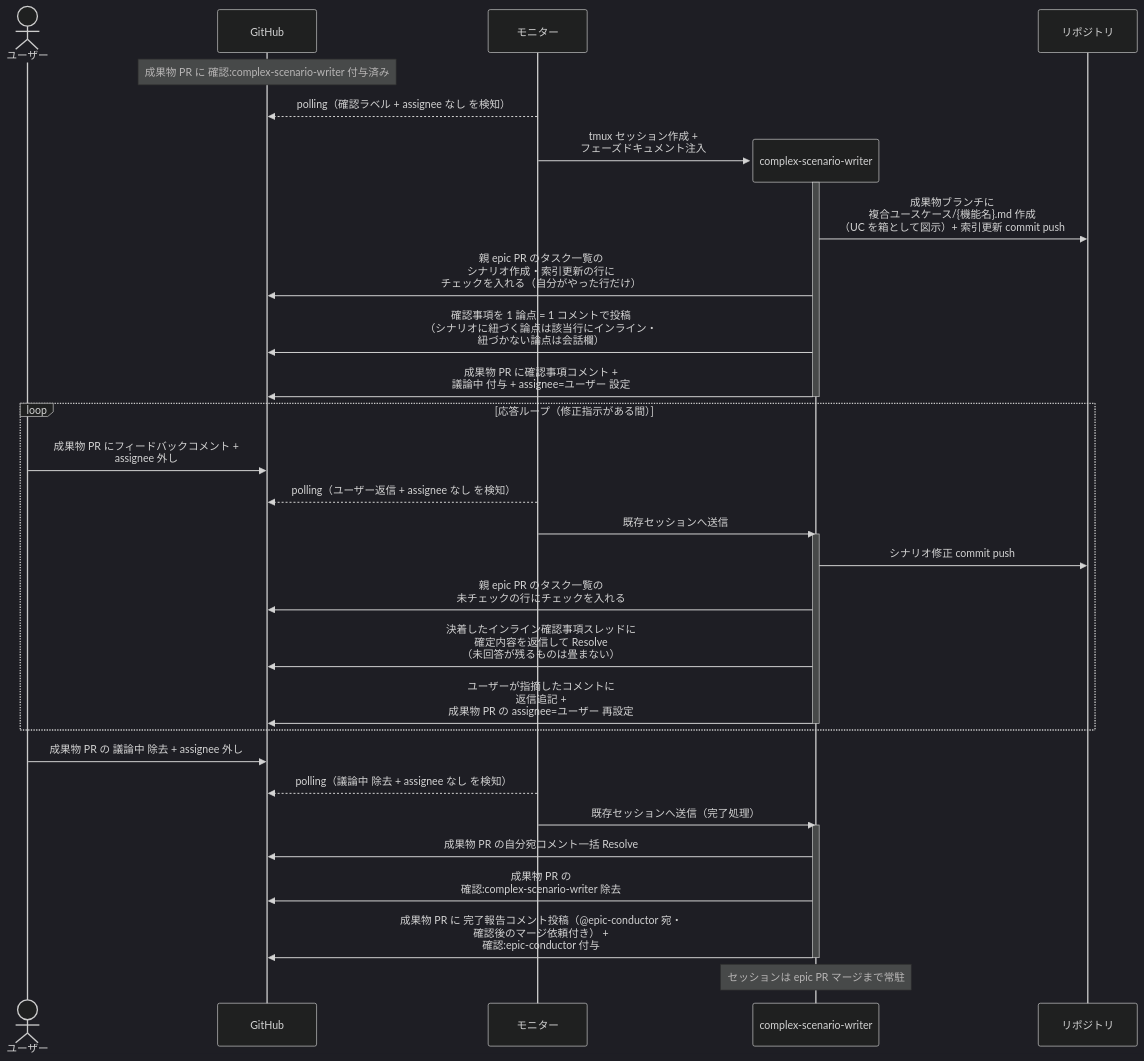
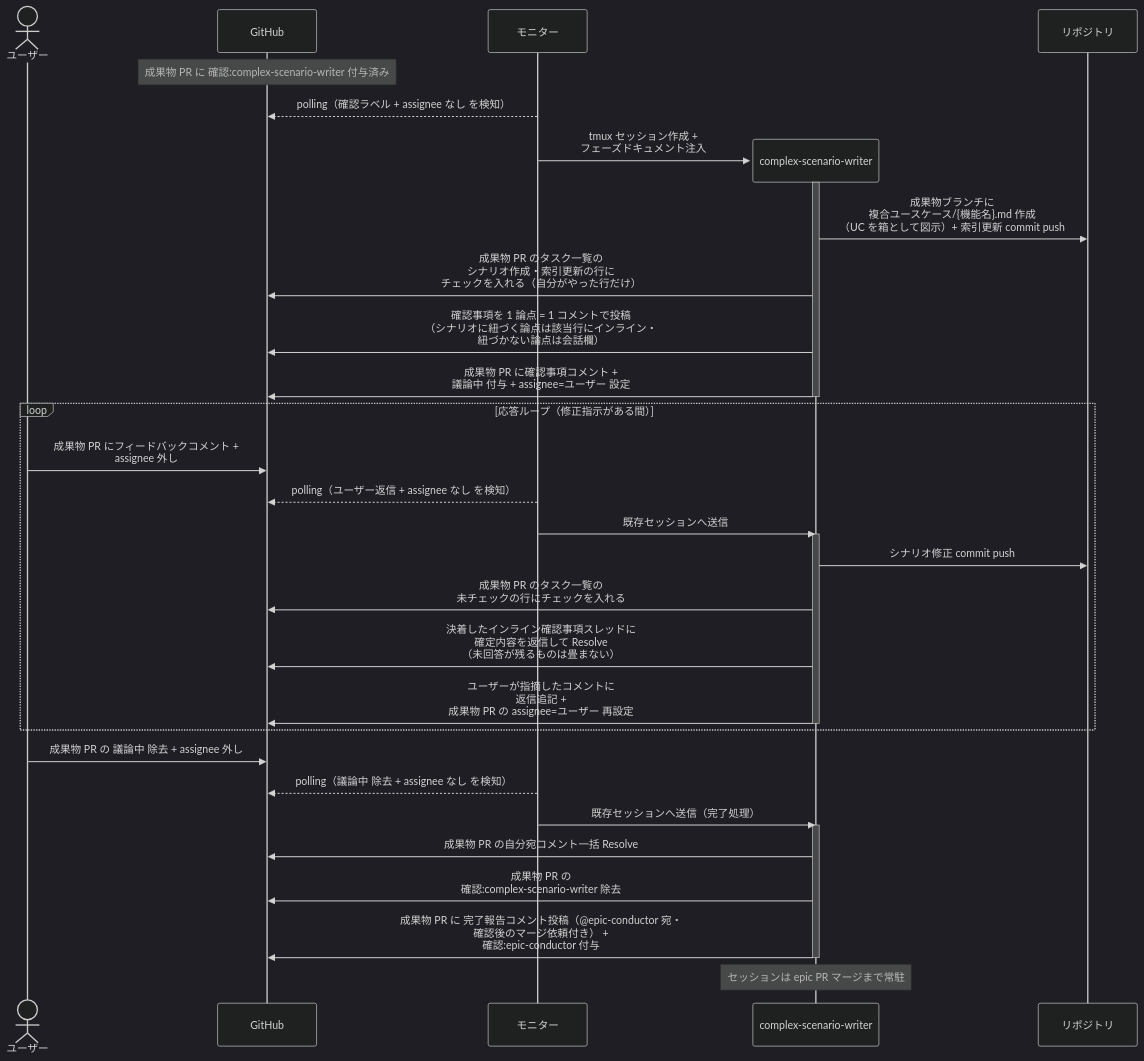
Before and after one commit to shuhei1101/ai-monitor: the first of 3 diagrams in docs/wiki/設計図/シナリオ/単一ユースケース/複合シナリオ設計.md, drawn with Mermaid (dark theme). The commit also changed other lines of this file and 103 other files, not shown here.

````diff
--- a/docs/wiki/設計図/シナリオ/単一ユースケース/複合シナリオ設計.md
+++ b/docs/wiki/設計図/シナリオ/単一ユースケース/複合シナリオ設計.md
@@ -27,40 +27,40 @@
 ```mermaid
 sequenceDiagram
   actor U as ユーザー
   participant GH as GitHub
   participant ORC as モニター
 
   Note over GH: 成果物 PR に 確認:complex-scenario-writer 付与済み
   ORC-->>GH: polling（確認ラベル + assignee なし を検知）
   create participant MON as complex-scenario-writer
   ORC->>MON: tmux セッション作成 +<br>フェーズドキュメント注入
   participant REPO as リポジトリ
   activate MON
   MON->>REPO: 成果物ブランチに<br>複合ユースケース/{機能名}.md 作成<br>（UC を箱として図示）+ 索引更新 commit push
-  MON->>GH: 親 epic PR のタスク一覧の<br>シナリオ作成・索引更新の行に<br>チェックを入れる（自分がやった行だけ）
+  MON->>GH: 成果物 PR のタスク一覧の<br>シナリオ作成・索引更新の行に<br>チェックを入れる（自分がやった行だけ）
   MON->>GH: 確認事項を 1 論点 = 1 コメントで投稿<br>（シナリオに紐づく論点は該当行にインライン・<br>紐づかない論点は会話欄）
   MON->>GH: 成果物 PR に確認事項コメント +<br>議論中 付与 + assignee=ユーザー 設定
   deactivate MON
 
   loop 応答ループ（修正指示がある間）
     U->>GH: 成果物 PR にフィードバックコメント +<br>assignee 外し
     ORC-->>GH: polling（ユーザー返信 + assignee なし を検知）
     ORC->>MON: 既存セッションへ送信
     activate MON
     MON->>REPO: シナリオ修正 commit push
-    MON->>GH: 親 epic PR のタスク一覧の<br>未チェックの行にチェックを入れる
+    MON->>GH: 成果物 PR のタスク一覧の<br>未チェックの行にチェックを入れる
     MON->>GH: 決着したインライン確認事項スレッドに<br>確定内容を返信して Resolve<br>（未回答が残るものは畳まない）
     MON->>GH: ユーザーが指摘したコメントに<br>返信追記 +<br>成果物 PR の assignee=ユーザー 再設定
     deactivate MON
   end
 
   U->>GH: 成果物 PR の 議論中 除去 + assignee 外し
   ORC-->>GH: polling（議論中 除去 + assignee なし を検知）
   ORC->>MON: 既存セッションへ送信（完了処理）
   activate MON
   MON->>GH: 成果物 PR の自分宛コメント一括 Resolve
   MON->>GH: 成果物 PR の<br>確認:complex-scenario-writer 除去
   MON->>GH: 成果物 PR に 完了報告コメント投稿（@epic-conductor 宛・<br>確認後のマージ依頼付き） +<br>確認:epic-conductor 付与
   deactivate MON
   Note over MON: セッションは epic PR マージまで常駐
 ```
````
